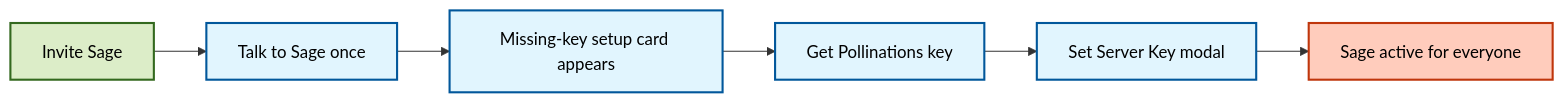
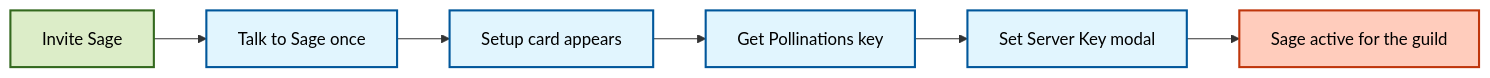
Before and after one commit to BokX1/Sage: the diagram in docs/guides/BYOP.md, drawn with Mermaid. The commit also changed other lines of this file and 21 other files, not shown here.

````diff
--- a/docs/guides/BYOP.md
+++ b/docs/guides/BYOP.md
@@ -38,13 +42,13 @@
 ```mermaid
 flowchart LR
     classDef start fill:#dcedc8,stroke:#33691e,stroke-width:2px,color:black
     classDef step fill:#e1f5fe,stroke:#01579b,stroke-width:2px,color:black
     classDef finish fill:#ffccbc,stroke:#bf360c,stroke-width:2px,color:black
 
     A[Invite Sage]:::start
       --> B[Talk to Sage once]:::step
-      --> C[Missing-key setup card appears]:::step
+      --> C[Setup card appears]:::step
       --> D[Get Pollinations key]:::step
       --> E[Set Server Key modal]:::step
-      --> F[Sage active for everyone]:::finish
+      --> F[Sage active for the guild]:::finish
 ```
````
